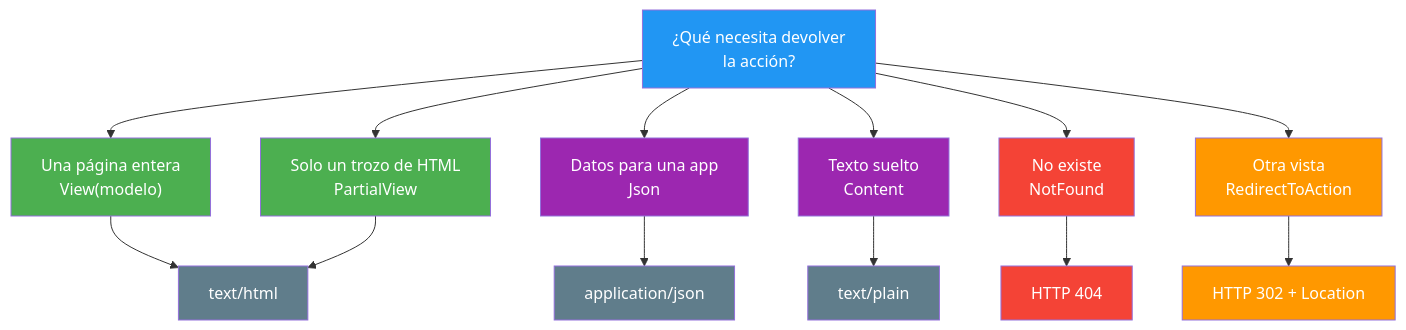
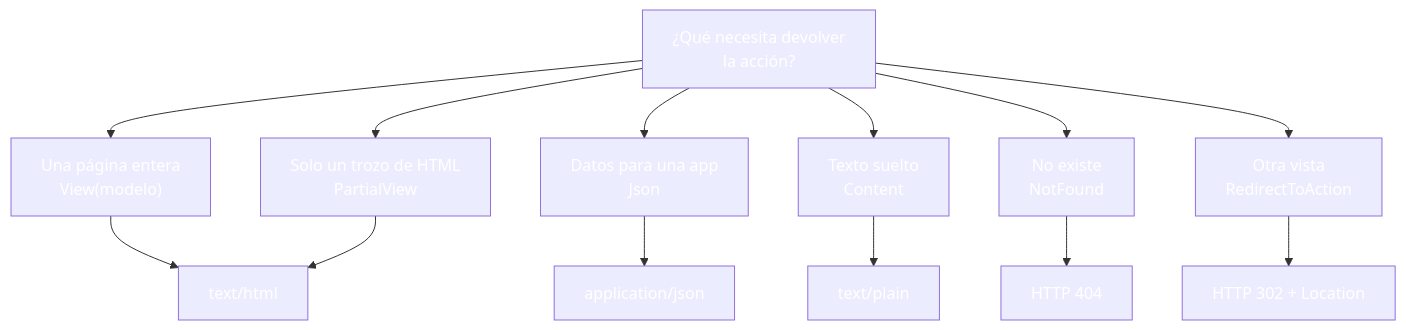
One commit to joseluisgs/DesarrolloWebEntornosServidor-03-2026-2027 changed the second of 4 diagrams in 08-mvc-controladores.md. Above: the diagram before and after it, drawn with Mermaid. The commit also changed other lines of this file and 30 other files, not shown here.

````diff
--- a/08-mvc-controladores.md
+++ b/08-mvc-controladores.md
@@ -233,27 +233,27 @@
 ```mermaid
 graph TD
     Q["¿Qué necesita devolver<br/>la acción?"] --> A["Una página entera<br/>View(modelo)"]
     Q --> B["Solo un trozo de HTML<br/>PartialView"]
     Q --> C["Datos para una app<br/>Json"]
     Q --> D["Texto suelto<br/>Content"]
     Q --> E["No existe<br/>NotFound"]
     Q --> F["Otra vista<br/>RedirectToAction"]
     A --> R1["text/html"]
     B --> R1
     C --> R2["application/json"]
     D --> R3["text/plain"]
     E --> R4["HTTP 404"]
     F --> R5["HTTP 302 + Location"]
-    style Q fill:#2196F3,color:#fff
-    style A fill:#4CAF50,color:#fff
-    style B fill:#4CAF50,color:#fff
-    style C fill:#9C27B0,color:#fff
-    style D fill:#9C27B0,color:#fff
-    style E fill:#f44336,color:#fff
-    style F fill:#FF9800,color:#fff
-    style R1 fill:#607D8B,color:#fff
-    style R2 fill:#607D8B,color:#fff
-    style R3 fill:#607D8B,color:#fff
-    style R4 fill:#f44336,color:#fff
-    style R5 fill:#FF9800,color:#fff
+    style Q fill:#2196F,color:#fff3,color:#fff
+    style A fill:#4CAF5,color:#fff0,color:#fff
+    style B fill:#4CAF5,color:#fff0,color:#fff
+    style C fill:#9C27B,color:#fff0,color:#fff
+    style D fill:#9C27B,color:#fff0,color:#fff
+    style E fill:#f4433,color:#fff6,color:#fff
+    style F fill:#FF980,color:#fff0,color:#fff
+    style R1 fill:#607D8,color:#fffB,color:#fff
+    style R2 fill:#607D8,color:#fffB,color:#fff
+    style R3 fill:#607D8,color:#fffB,color:#fff
+    style R4 fill:#f4433,color:#fff6,color:#fff
+    style R5 fill:#FF980,color:#fff0,color:#fff
 ```
````
